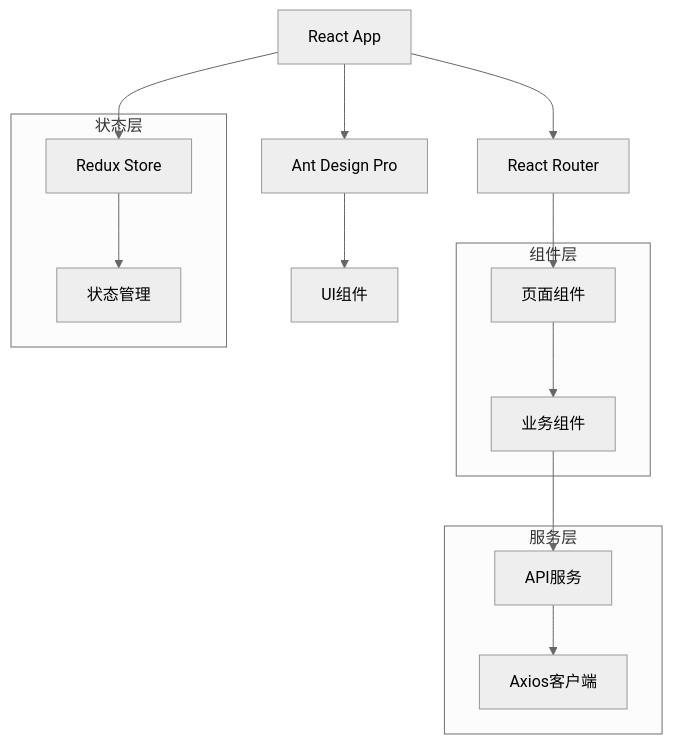
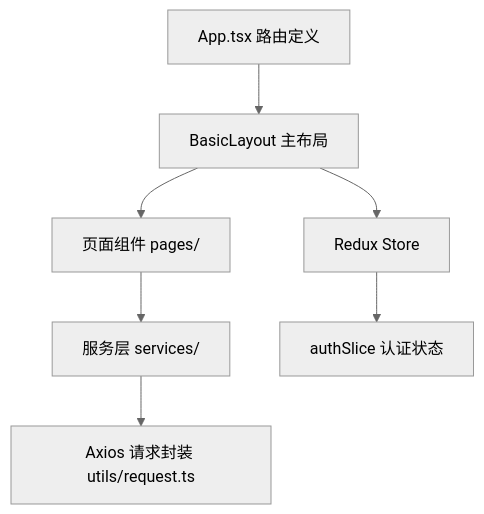
Before and after one commit to blurcat/fast_omp: the second of 2 diagrams in .trae/documents/ops_middle_platform_tech_arch.md, drawn with Mermaid (neutral theme). The commit also changed other lines of this file and 2 other files, not shown here.

````diff
--- a/.trae/documents/ops_middle_platform_tech_arch.md
+++ b/.trae/documents/ops_middle_platform_tech_arch.md
@@ -161,29 +186,9 @@
 ```mermaid
 graph TD
-    A[React App] --> B[React Router]
-    A --> C[Redux Store]
-    A --> D[Ant Design Pro]
-    
-    B --> E[页面组件]
-    C --> F[状态管理]
-    D --> G[UI组件]
-    
-    E --> H[业务组件]
-    H --> I[API服务]
-    I --> J[Axios客户端]
-    
-    subgraph "组件层"
-        E
-        H
-    end
-    
-    subgraph "服务层"
-        I
-        J
-    end
-    
-    subgraph "状态层"
-        C
-        F
-    end
+    A[App.tsx 路由定义] --> B[BasicLayout 主布局]
+    B --> C[页面组件 pages/]
+    C --> D[服务层 services/]
+    D --> E[Axios 请求封装 utils/request.ts]
+    B --> F[Redux Store]
+    F --> G[authSlice 认证状态]
 ```
````
